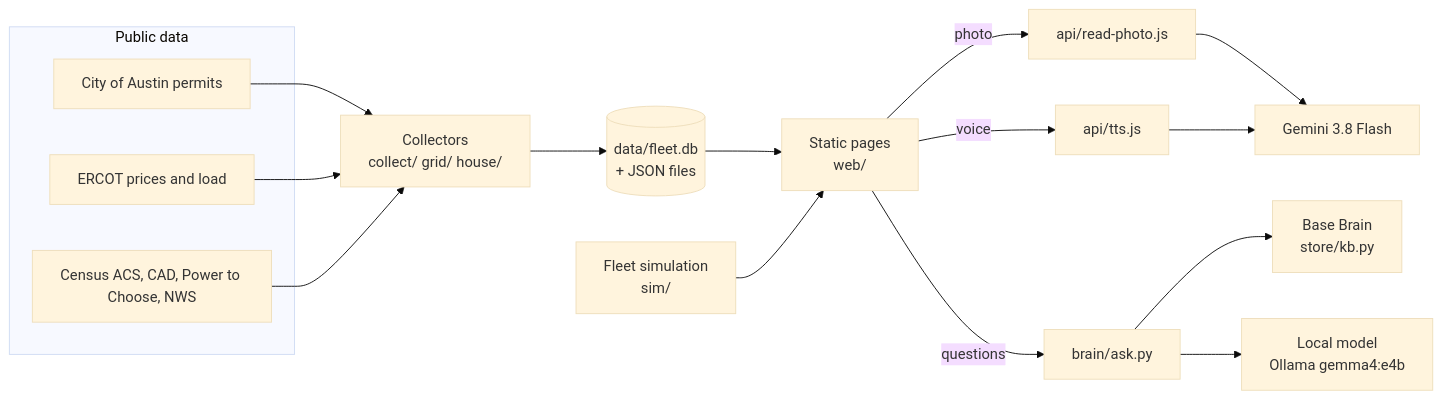
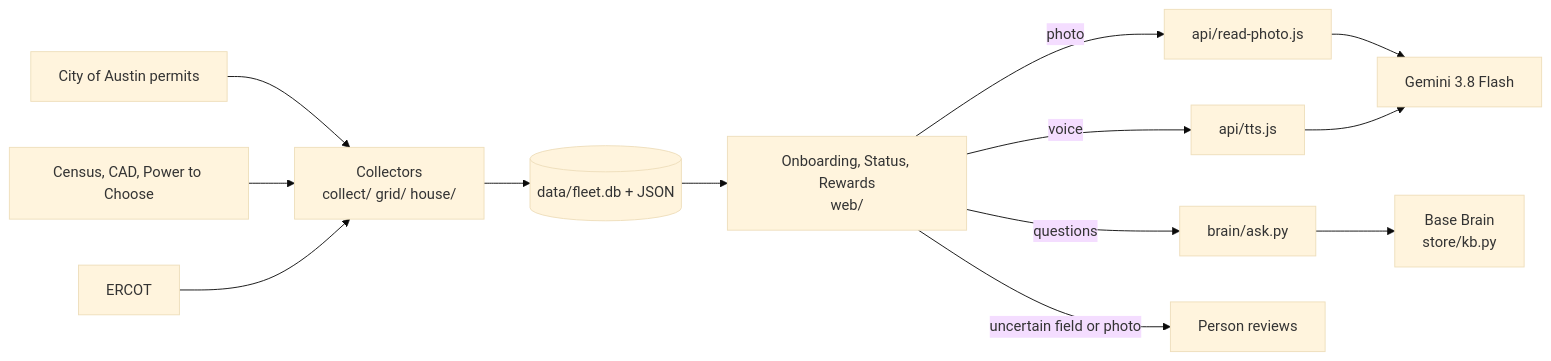
One commit to jravinder/base-aitx changed the first of 2 diagrams in README.md. Above: the diagram before and after it, drawn with Mermaid (base theme). The commit also changed other lines of this file and 1 other file, not shown here.

First line of the commit message:
docs: README architecture and steps cover both Base Ready and Base Super Local AI (#7)

````diff
--- a/README.md
+++ b/README.md
@@ -65,15 +69,10 @@
 ```mermaid
 flowchart LR
-  subgraph Public data
-    P[City of Austin permits]
-    E[ERCOT prices and load]
-    C[Census ACS, CAD, Power to Choose, NWS]
-  end
-  P & E & C --> COL[Collectors<br/>collect/ grid/ house/]
-  COL --> DB[(data/fleet.db<br/>+ JSON files)]
-  DB --> WEB[Static pages<br/>web/]
-  SIM[Fleet simulation<br/>sim/] --> WEB
-  WEB -->|photo| RP[api/read-photo.js] --> G[Gemini 3.8 Flash]
-  WEB -->|voice| TTS[api/tts.js] --> G
-  WEB -->|questions| ASK[brain/ask.py] --> KB[Base Brain<br/>store/kb.py] & OL[Local model<br/>Ollama gemma4:e4b]
+  P[City of Austin permits] & C[Census, CAD, Power to Choose] & E[ERCOT] --> COL[Collectors<br/>collect/ grid/ house/]
+  COL --> DB[(data/fleet.db + JSON)]
+  DB --> ON[Onboarding, Status, Rewards<br/>web/]
+  ON -->|photo| RP[api/read-photo.js] --> G[Gemini 3.8 Flash]
+  ON -->|voice| TTS[api/tts.js] --> G
+  ON -->|questions| ASK[brain/ask.py] --> KB[Base Brain<br/>store/kb.py]
+  ON -->|uncertain field or photo| H[Person reviews]
 ```
````
